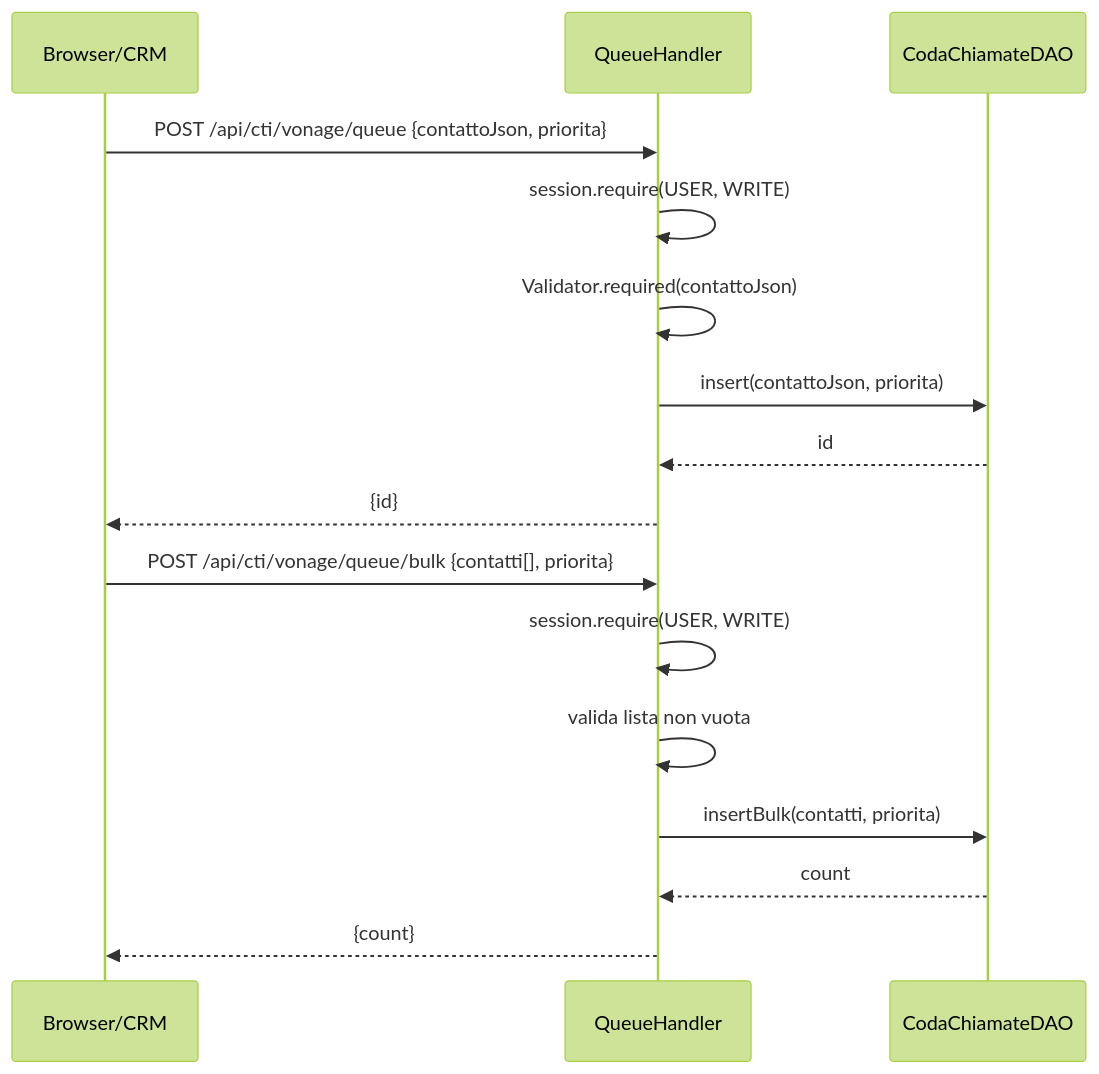
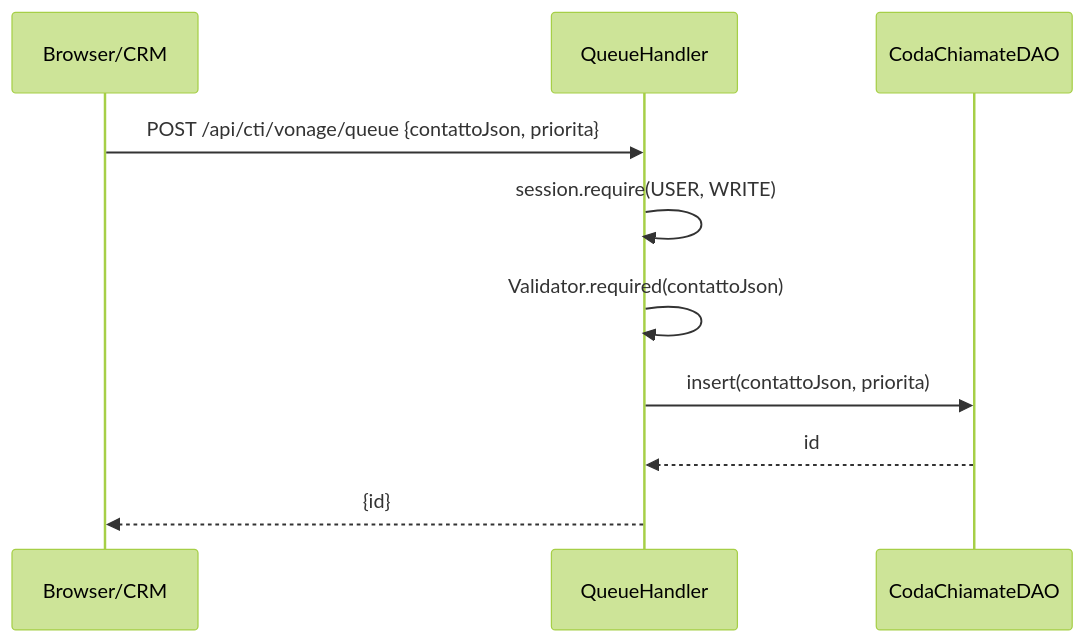
Before and after one commit to riccardovacirca/jms: the first of 2 diagrams in module/cti/vonage/docs/core/wf_003_inserimento_coda.md, drawn with Mermaid (forest theme). The commit also changed other lines of this file and 76 other files, not shown here.

````diff
--- a/module/cti/vonage/docs/core/wf_003_inserimento_coda.md
+++ b/module/cti/vonage/docs/core/wf_003_inserimento_coda.md
@@ -49,22 +30,13 @@
 ```mermaid
 sequenceDiagram
     participant Client as Browser/CRM
     participant Handler as QueueHandler
     participant DAO as CodaChiamateDAO
 
-    %% Singolo
     Client->>Handler: POST /api/cti/vonage/queue {contattoJson, priorita}
     Handler->>Handler: session.require(USER, WRITE)
     Handler->>Handler: Validator.required(contattoJson)
     Handler->>DAO: insert(contattoJson, priorita)
     DAO-->>Handler: id
     Handler-->>Client: {id}
-
-    %% Massivo
-    Client->>Handler: POST /api/cti/vonage/queue/bulk {contatti[], priorita}
-    Handler->>Handler: session.require(USER, WRITE)
-    Handler->>Handler: valida lista non vuota
-    Handler->>DAO: insertBulk(contatti, priorita)
-    DAO-->>Handler: count
-    Handler-->>Client: {count}
 ```
````
